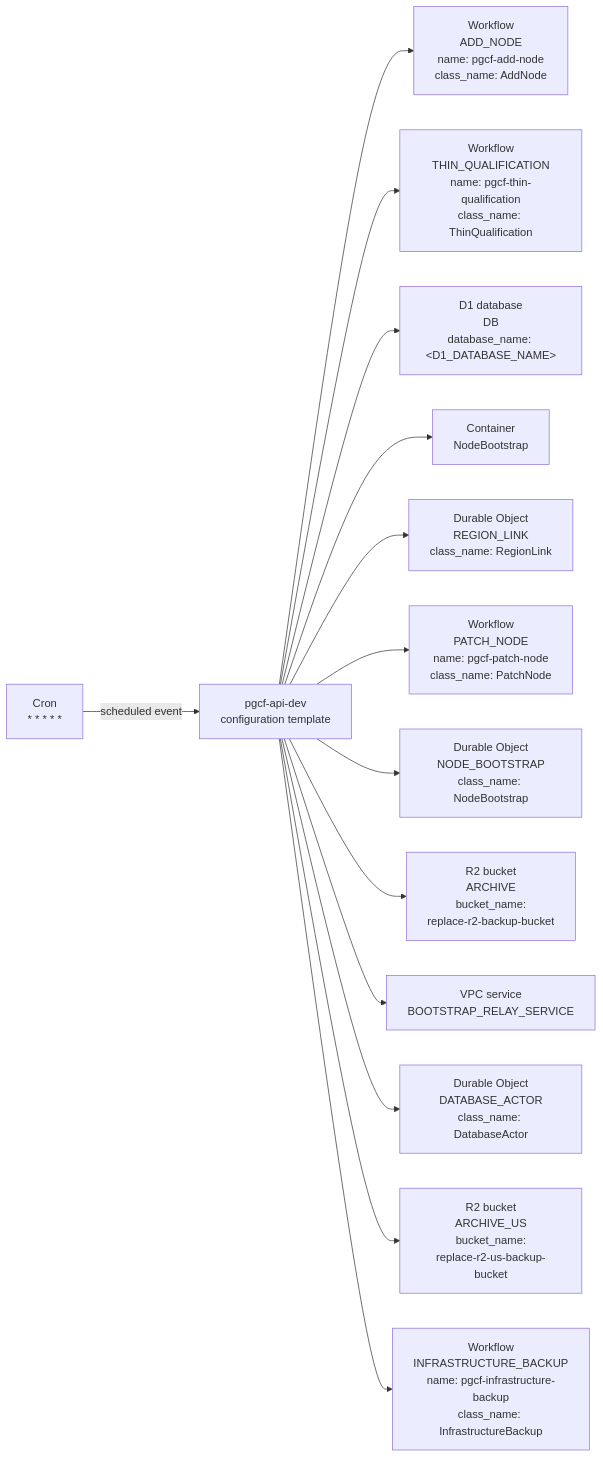
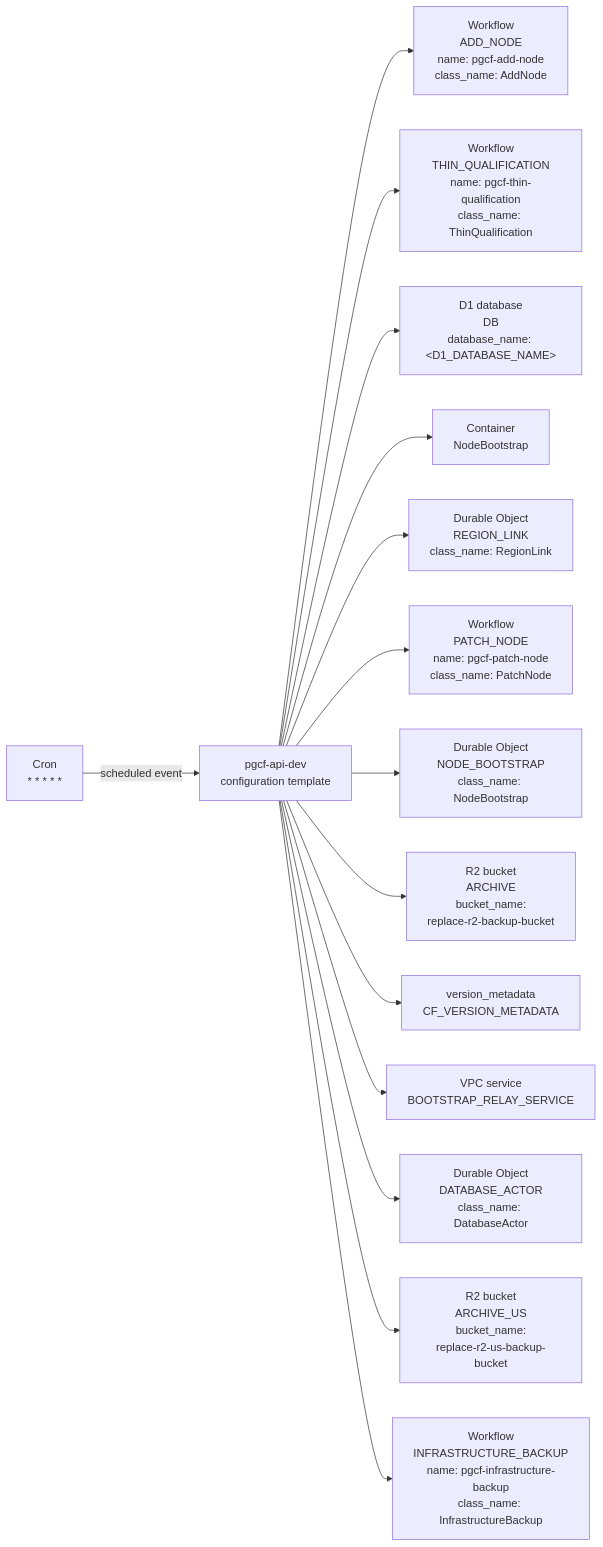
Before and after one commit to amerged-org/cloudflare-postgres: the diagram in docs/architecture/mermaider/api-resources.mmd, drawn with Mermaid. The commit also changed 15 other files, not shown here.

```diff
--- a/docs/architecture/mermaider/api-resources.mmd
+++ b/docs/architecture/mermaider/api-resources.mmd
@@ -1,28 +1,30 @@
 flowchart LR
     n_839713e89618["Cron<br/>* * * * *"]
     n_f305dbc12c79["D1 database<br/>DB<br/>database_name: #60;D1_DATABASE_NAME#62;"]
     n_aa93ed8be291["Workflow<br/>THIN_QUALIFICATION<br/>name: pgcf-thin-qualification<br/>class_name: ThinQualification"]
     n_049ba2d64372["Workflow<br/>PATCH_NODE<br/>name: pgcf-patch-node<br/>class_name: PatchNode"]
     n_36ffcdc5f79f["Workflow<br/>INFRASTRUCTURE_BACKUP<br/>name: pgcf-infrastructure-backup<br/>class_name: InfrastructureBackup"]
+    n_85c654928d8c["version_metadata<br/>CF_VERSION_METADATA"]
     n_0775d02dbb64["Workflow<br/>ADD_NODE<br/>name: pgcf-add-node<br/>class_name: AddNode"]
     n_71083a5197e9["R2 bucket<br/>ARCHIVE<br/>bucket_name:<br/>replace-r2-backup-bucket"]
     n_12eaf448c6b2["R2 bucket<br/>ARCHIVE_US<br/>bucket_name:<br/>replace-r2-us-backup-bucket"]
     n_056b63fe76be["Durable Object<br/>DATABASE_ACTOR<br/>class_name: DatabaseActor"]
     n_926733166afd["VPC service<br/>BOOTSTRAP_RELAY_SERVICE"]
     n_c09d9079b0a9["Container<br/>NodeBootstrap"]
     n_d0efe52f1f47["Durable Object<br/>NODE_BOOTSTRAP<br/>class_name: NodeBootstrap"]
     n_7a30182df25a["pgcf-api-dev<br/>configuration template"]
     n_260ca5b8b289["Durable Object<br/>REGION_LINK<br/>class_name: RegionLink"]
     n_7a30182df25a --> n_0775d02dbb64
     n_7a30182df25a --> n_aa93ed8be291
     n_7a30182df25a --> n_f305dbc12c79
     n_7a30182df25a --> n_c09d9079b0a9
     n_7a30182df25a --> n_260ca5b8b289
     n_839713e89618 -->|"scheduled event"| n_7a30182df25a
     n_7a30182df25a --> n_049ba2d64372
     n_7a30182df25a --> n_d0efe52f1f47
     n_7a30182df25a --> n_71083a5197e9
+    n_7a30182df25a --> n_85c654928d8c
     n_7a30182df25a --> n_926733166afd
     n_7a30182df25a --> n_056b63fe76be
     n_7a30182df25a --> n_12eaf448c6b2
     n_7a30182df25a --> n_36ffcdc5f79f
```
